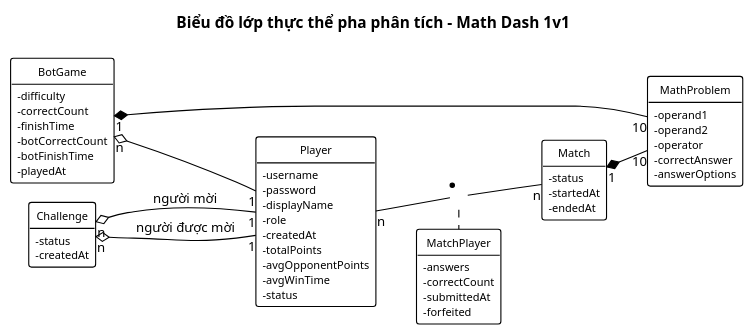
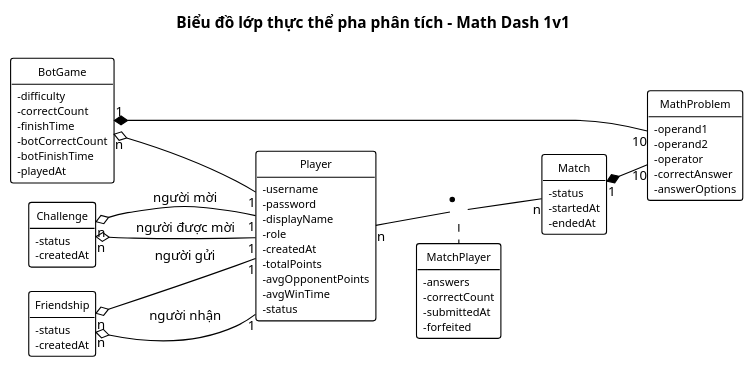
Before and after one commit to HungNguyenBa1811/math-dash: the diagram in docs/chung/lop-thuc-the-phan-tich.puml, drawn with PlantUML. The commit also changed 12 other files, not shown here.

```diff
--- a/docs/chung/lop-thuc-the-phan-tich.puml
+++ b/docs/chung/lop-thuc-the-phan-tich.puml
@@ -1,72 +1,78 @@
 @startuml lop-thuc-the-phan-tich
 !pragma layout smetana
 ' === VP Base Theme v2 ===
 skinparam defaultFontName "Segoe UI"
 skinparam defaultFontSize 12
 skinparam shadowing false
 skinparam arrowColor #000000
 skinparam lineColor #000000
 hide circle
 hide empty members
 skinparam classAttributeIconSize 0
 skinparam class {
   BackgroundColor #FFFFFF
   BorderColor #000000
   FontColor #000000
   FontSize 11
   AttributeFontSize 10
   BorderThickness 1
 }
 left to right direction
 title Biểu đồ lớp thực thể pha phân tích – Math Dash 1v1
 
 class Player {
   - username
   - password
   - displayName
   - role
   - createdAt
   - totalPoints
   - avgOpponentPoints
   - avgWinTime
   - status
 }
 class MathProblem {
   - operand1
   - operand2
   - operator
   - correctAnswer
   - answerOptions
 }
 class Challenge {
   - status
   - createdAt
 }
 class Match {
   - status
   - startedAt
   - endedAt
 }
 class MatchPlayer {
   - answers
   - correctCount
   - submittedAt
   - forfeited
 }
 class BotGame {
   - difficulty
   - correctCount
   - finishTime
   - botCorrectCount
   - botFinishTime
   - playedAt
 }
+class Friendship {
+  - status
+  - createdAt
+}
 
 Challenge "n" o-- "1" Player : người mời
 Challenge "n" o-- "1" Player : người được mời
 Player "n" -- "n" Match
 (Player, Match) .. MatchPlayer
 Match "1" *-- "10" MathProblem
 BotGame "n" o-- "1" Player
 BotGame "1" *-- "10" MathProblem
+Friendship "n" o-- "1" Player : người gửi
+Friendship "n" o-- "1" Player : người nhận
 @enduml
```
